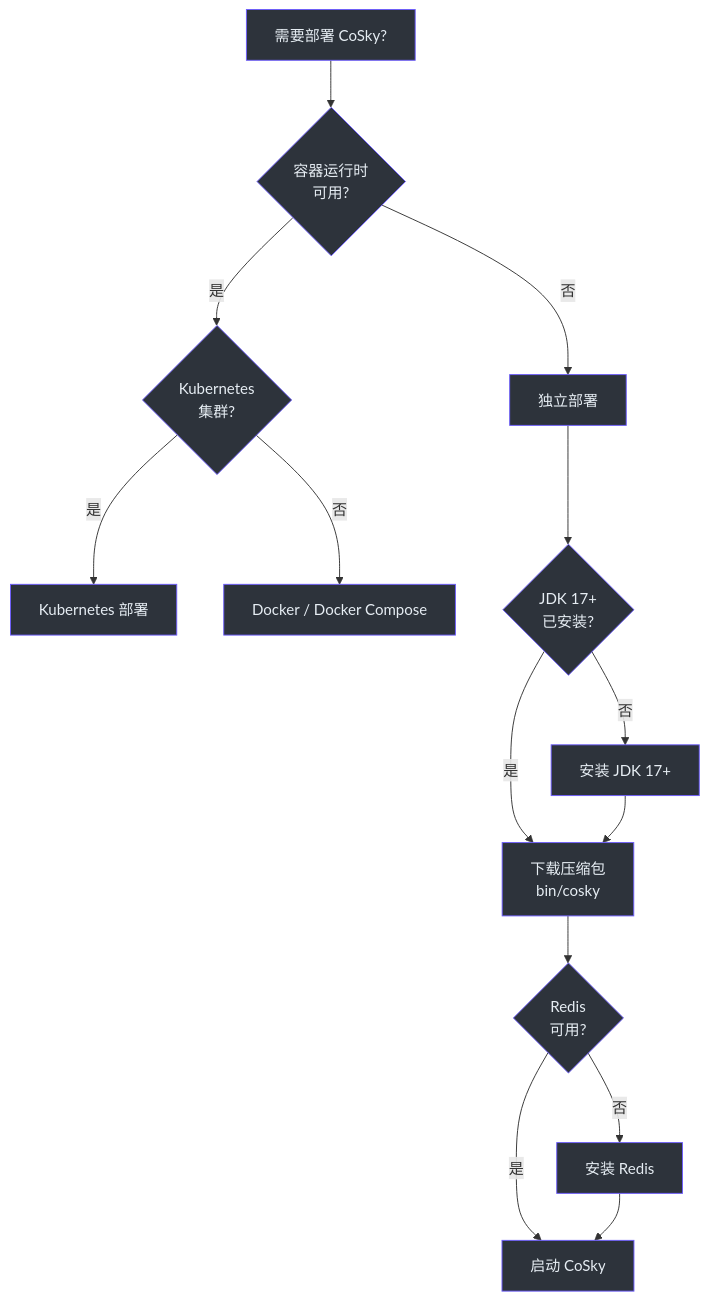
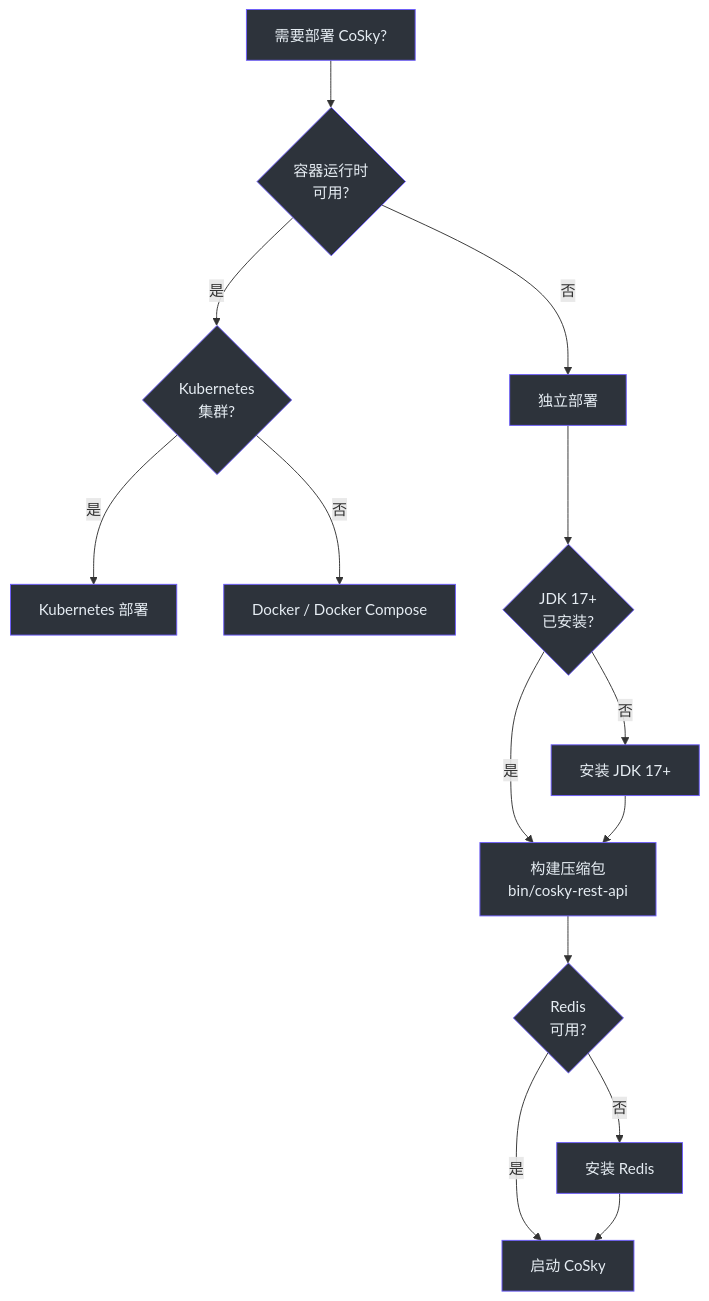
The first of 5 diagrams in wiki/zh/guide/deployment-standalone.md (Ahoo-Wang/CoSky), drawn with Mermaid before and after one commit. The commit also changed other lines of this file and 36 other files, not shown here.

````diff
--- a/wiki/zh/guide/deployment-standalone.md
+++ b/wiki/zh/guide/deployment-standalone.md
@@ -55,31 +60,31 @@
 ```mermaid
 flowchart TD
     A["需要部署 CoSky?"] --> B{"容器运行时<br>可用?"}
     B -->|"是"| C{"Kubernetes<br>集群?"}
     B -->|"否"| D["独立部署"]
     C -->|"是"| E["Kubernetes 部署"]
     C -->|"否"| F["Docker / Docker Compose"]
     D --> G{"JDK 17+<br>已安装?"}
-    G -->|"是"| H["下载压缩包<br>bin/cosky"]
+    G -->|"是"| H["构建压缩包<br>bin/cosky-rest-api"]
     G -->|"否"| I["安装 JDK 17+"]
     I --> H
     H --> J{"Redis<br>可用?"}
     J -->|"是"| K["启动 CoSky"]
     J -->|"否"| L["安装 Redis"]
     L --> K
 
     A:::node
     B:::node
     C:::node
     D:::node
     E:::node
     F:::node
     G:::node
     H:::node
     I:::node
     J:::node
     K:::node
     L:::node
 
     classDef node fill:#2d333b,stroke:#6d5dfc,color:#e6edf3
 ```
````
